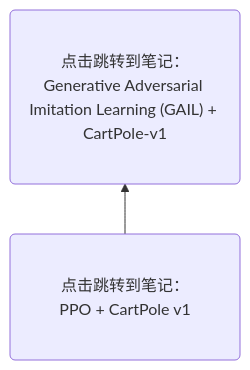
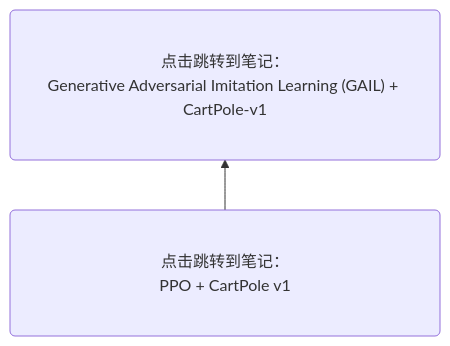
Before and after one commit to Gaoshu-root/Code-related-courses: the diagram in 笔记封存/test.md, drawn with Mermaid.

Commit message:
Increase padding in mermaid graph definition

````diff
--- a/笔记封存/test.md
+++ b/笔记封存/test.md
@@ -2,9 +2,9 @@
 ```mermaid
 graph BT
-    classDef wide padding:200px;
+    classDef wide padding:400px;
     P1("点击跳转到笔记：<br>PPO + CartPole v1") --> P2("点击跳转到笔记：<br>Generative Adversarial Imitation Learning (GAIL) + CartPole-v1")
     click P1 "https://github.com/Gaoshu-root/Code-related-courses/blob/main/RL2024/PPO_%2B_CartPole_v1_.ipynb"
     click P2 "https://github.com/Gaoshu-root/Code-related-courses/blob/main/RL2024/Generative%20Adversarial%20Imitation%20Learning(GAIL)/Generative%20Adversarial%20Imitation%20Learning%20(GAIL)%20%2B%20CartPole-v1%20.ipynb"
    class P1,P2 wide
 
 ```
````
